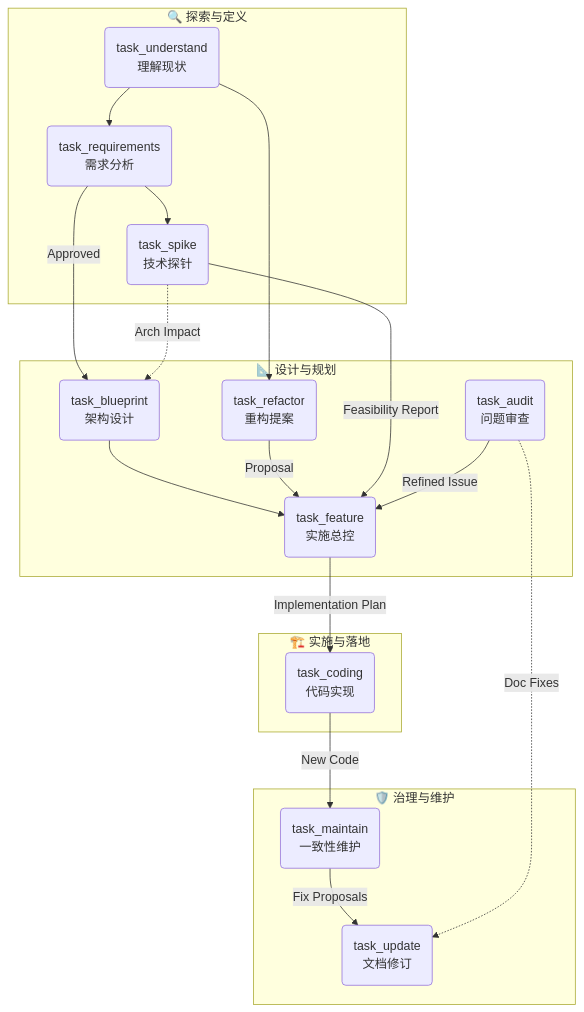
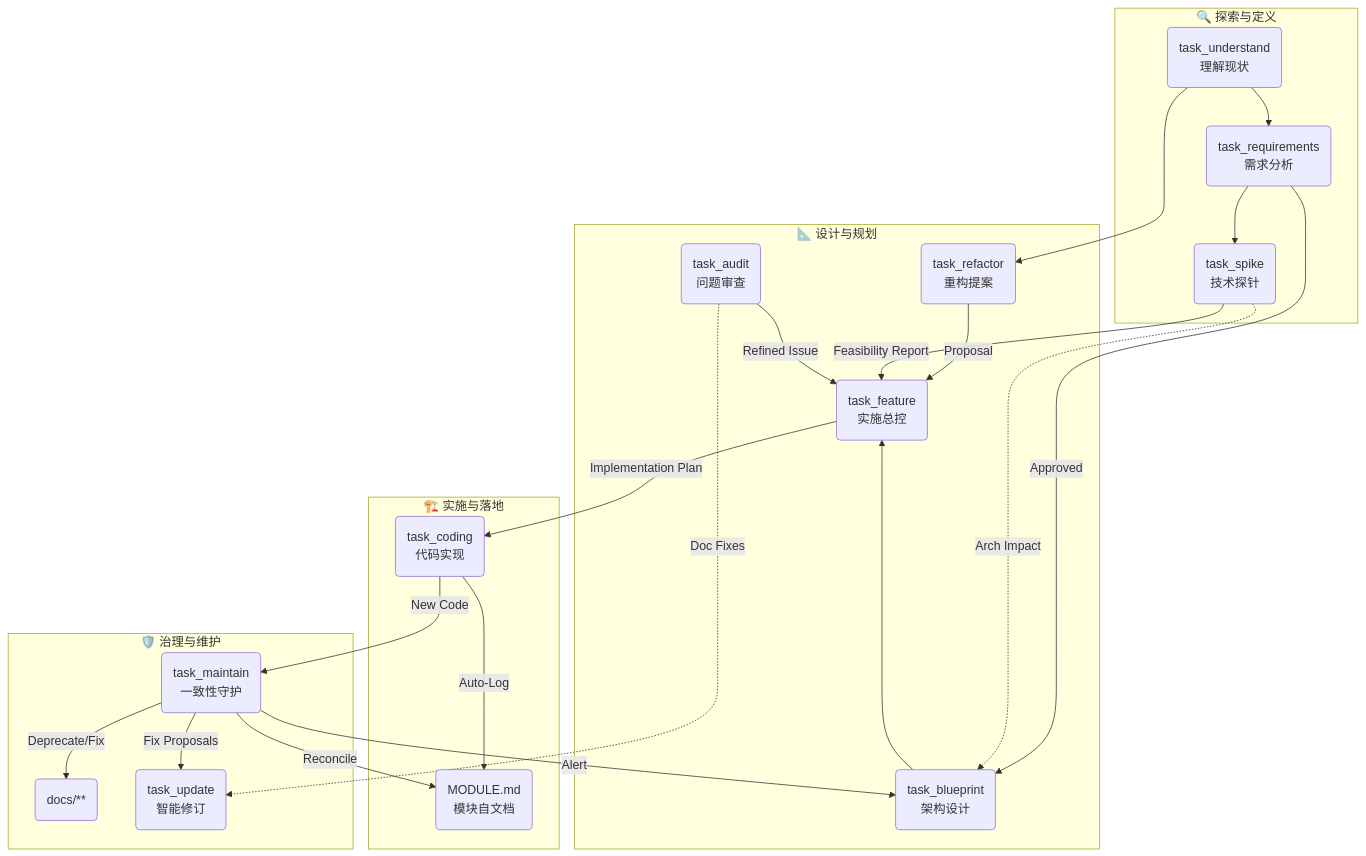
One commit to FlutteryEmbers/workflow changed the diagram in README.md. Above: the diagram before and after it, drawn with Mermaid. The commit also changed other lines of this file and 14 other files, not shown here.

````diff
--- a/README.md
+++ b/README.md
@@ -9,32 +10,37 @@
 ```mermaid
 graph TD
     %% 阶段定义
     subgraph Discovery [🔍 探索与定义]
         Understand(task_understand<br/>理解现状) --> Requirements(task_requirements<br/>需求分析)
         Requirements --> Spike(task_spike<br/>技术探针)
     end
 
     subgraph Design [📐 设计与规划]
         Requirements -->|Approved| Blueprint(task_blueprint<br/>架构设计)
         Blueprint --> Feature(task_feature<br/>实施总控)
         
         %% Feature 的多源输入
         Refactor(task_refactor<br/>重构提案) -->|Proposal| Feature
         Spike -->|Feasibility Report| Feature
         Audit(task_audit<br/>问题审查) -->|Refined Issue| Feature
     end
     
     subgraph Execution [🏗️ 实施与落地]
         Feature -->|Implementation Plan| Coding(task_coding<br/>代码实现)
+        Coding -->|Auto-Log| ModuleDoc(MODULE.md<br/>模块自文档)
     end
 
     subgraph Governance [🛡️ 治理与维护]
-        Coding -->|New Code| Maintain(task_maintain<br/>一致性维护)
-        Maintain -->|Fix Proposals| Update(task_update<br/>文档修订)
+        Coding -->|New Code| Maintain(task_maintain<br/>一致性守护)
+        Maintain -->|Reconcile| ModuleDoc
+        Maintain -->|Deprecate/Fix| Docs(docs/**)
+        Maintain -->|Alert| Blueprint
+        
+        Maintain -->|Fix Proposals| Update(task_update<br/>智能修订)
         Audit -.->|Doc Fixes| Update
     end
 
     %% 跨阶段连接
     Understand --> Refactor
     Spike -.->|Arch Impact| Blueprint
 ```
````
